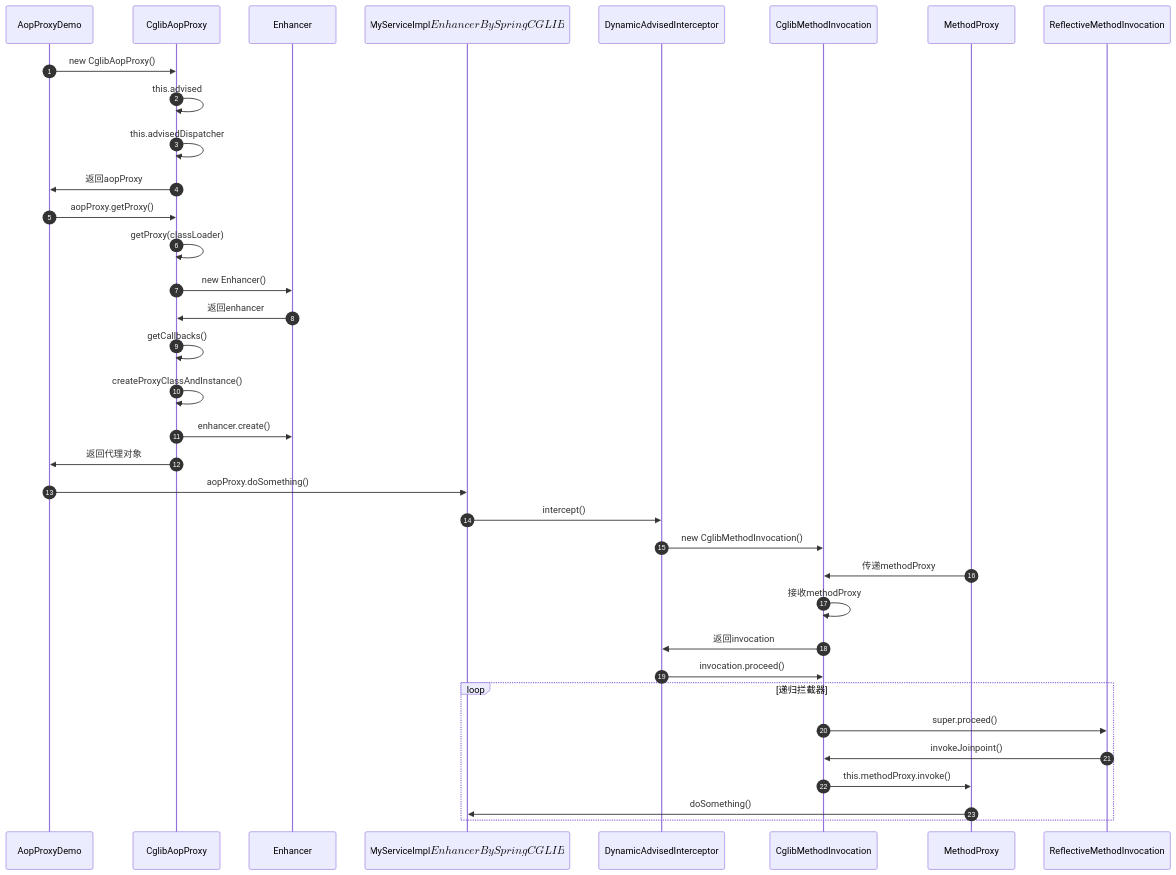
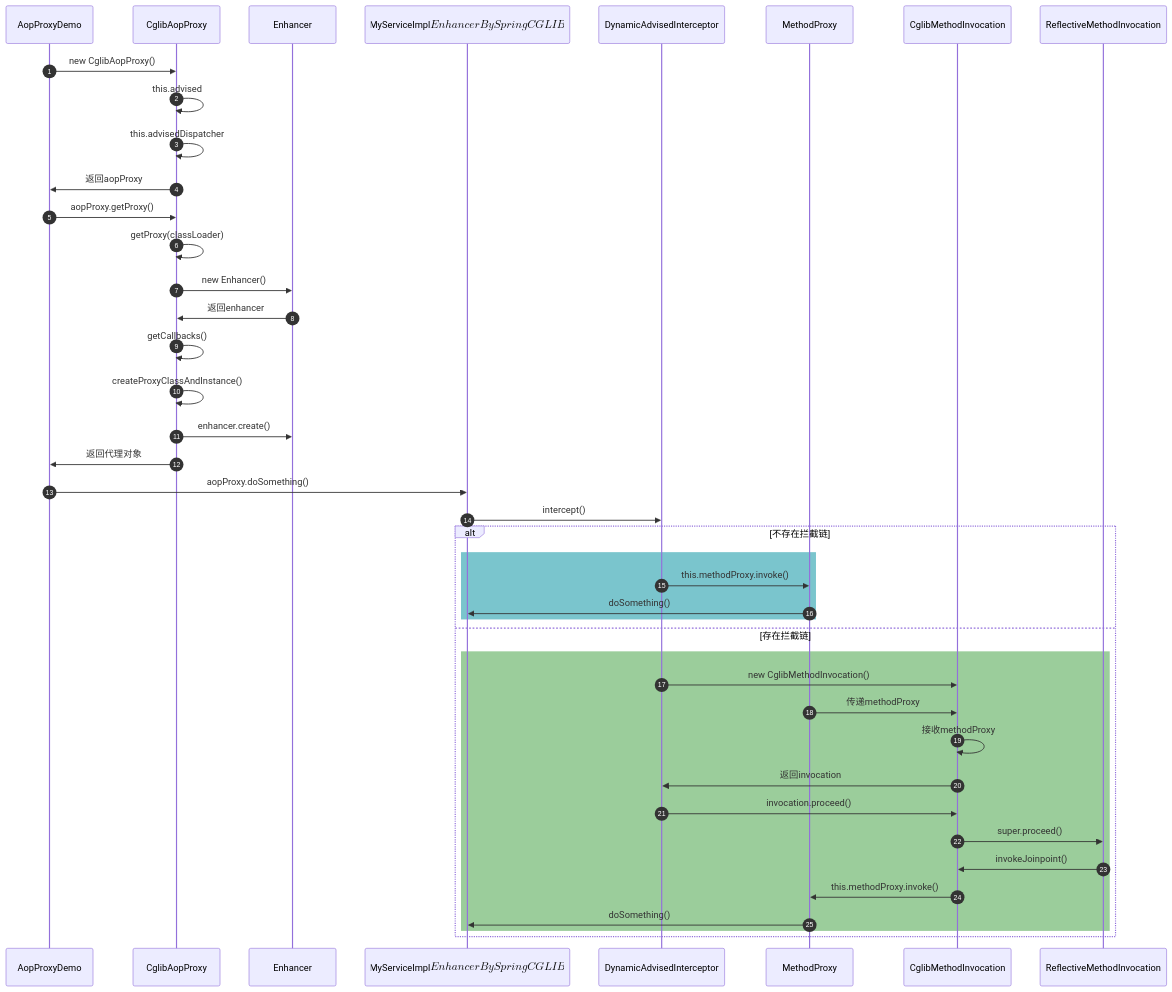
Before and after one commit to xuchengsheng/spring-reading: the second of 2 diagrams in spring-aop/spring-aop-aopProxy/README.md, drawn with Mermaid. The commit also changed other lines of this file, not shown here.

Commit message:
AopProxy源码分析

```diff
--- a/spring-aop/spring-aop-aopProxy/README.md
+++ b/spring-aop/spring-aop-aopProxy/README.md
@@ -231,29 +240,36 @@
 ~~~mermaid
 sequenceDiagram
 autonumber
 AopProxyDemo->>CglibAopProxy:new CglibAopProxy()
 CglibAopProxy->>CglibAopProxy:this.advised
 CglibAopProxy->>CglibAopProxy:this.advisedDispatcher
 CglibAopProxy->>AopProxyDemo:返回aopProxy
 AopProxyDemo->>CglibAopProxy:aopProxy.getProxy()
 CglibAopProxy->>CglibAopProxy:getProxy(classLoader)
 CglibAopProxy->>Enhancer:new Enhancer()
 Enhancer->>CglibAopProxy:返回enhancer
 CglibAopProxy->>CglibAopProxy:getCallbacks()
 CglibAopProxy->>CglibAopProxy:createProxyClassAndInstance()
 CglibAopProxy->>Enhancer:enhancer.create()
 CglibAopProxy->>AopProxyDemo:返回代理对象
 AopProxyDemo->>MyServiceImpl$$EnhancerBySpringCGLIB$$:aopProxy.doSomething()
 MyServiceImpl$$EnhancerBySpringCGLIB$$->>DynamicAdvisedInterceptor:intercept()
-DynamicAdvisedInterceptor->>CglibMethodInvocation:new CglibMethodInvocation()
-MethodProxy->>CglibMethodInvocation:传递methodProxy
-CglibMethodInvocation->>CglibMethodInvocation:接收methodProxy
-CglibMethodInvocation->>DynamicAdvisedInterceptor:返回invocation
-DynamicAdvisedInterceptor->>CglibMethodInvocation:invocation.proceed()
-loop 递归拦截器
-    CglibMethodInvocation->>ReflectiveMethodInvocation:super.proceed()
-    ReflectiveMethodInvocation->>CglibMethodInvocation:invokeJoinpoint()
-    CglibMethodInvocation->>MethodProxy:this.methodProxy.invoke()
-    MethodProxy->>MyServiceImpl$$EnhancerBySpringCGLIB$$:doSomething()
+alt 不存在拦截链
+	rect rgb(122,197,205)
+		DynamicAdvisedInterceptor->>MethodProxy:this.methodProxy.invoke()
+		MethodProxy->>MyServiceImpl$$EnhancerBySpringCGLIB$$:doSomething()
+	end
+else 存在拦截链
+	rect rgb(155,205,155)
+		DynamicAdvisedInterceptor->>CglibMethodInvocation:new CglibMethodInvocation()
+        MethodProxy->>CglibMethodInvocation:传递methodProxy
+        CglibMethodInvocation->>CglibMethodInvocation:接收methodProxy
+        CglibMethodInvocation->>DynamicAdvisedInterceptor:返回invocation
+        DynamicAdvisedInterceptor->>CglibMethodInvocation:invocation.proceed()
+        CglibMethodInvocation->>ReflectiveMethodInvocation:super.proceed()
+        ReflectiveMethodInvocation->>CglibMethodInvocation:invokeJoinpoint()
+        CglibMethodInvocation->>MethodProxy:this.methodProxy.invoke()
+        MethodProxy->>MyServiceImpl$$EnhancerBySpringCGLIB$$:doSomething()
+    end
 end
 ~~~
```
